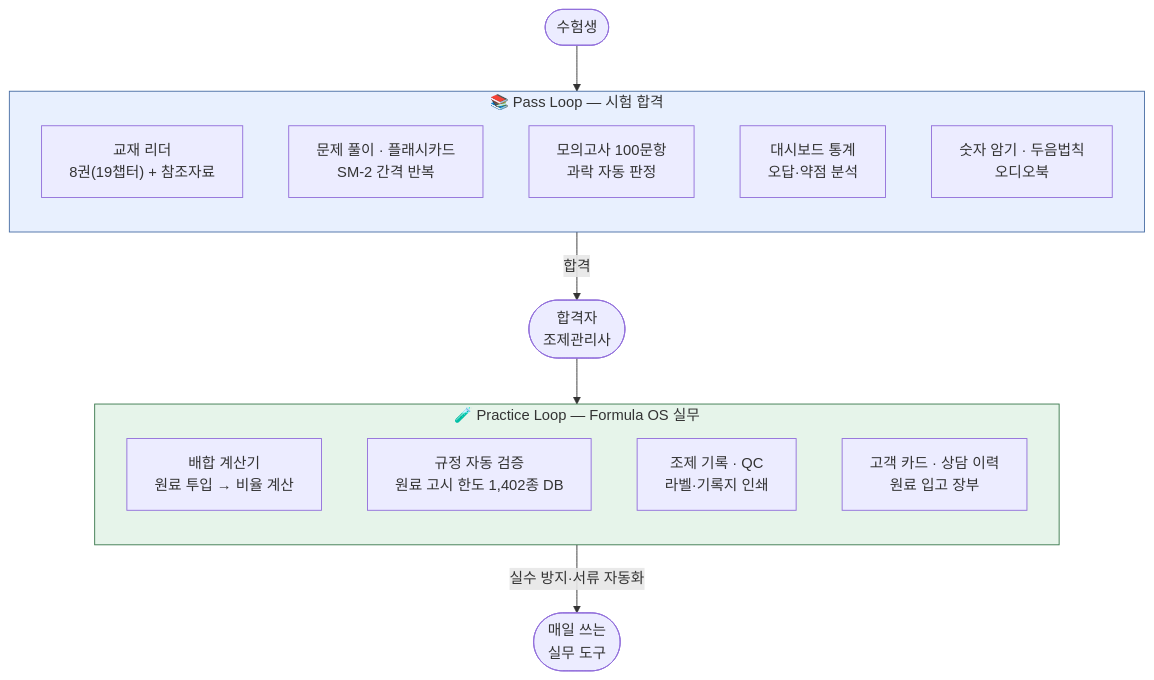
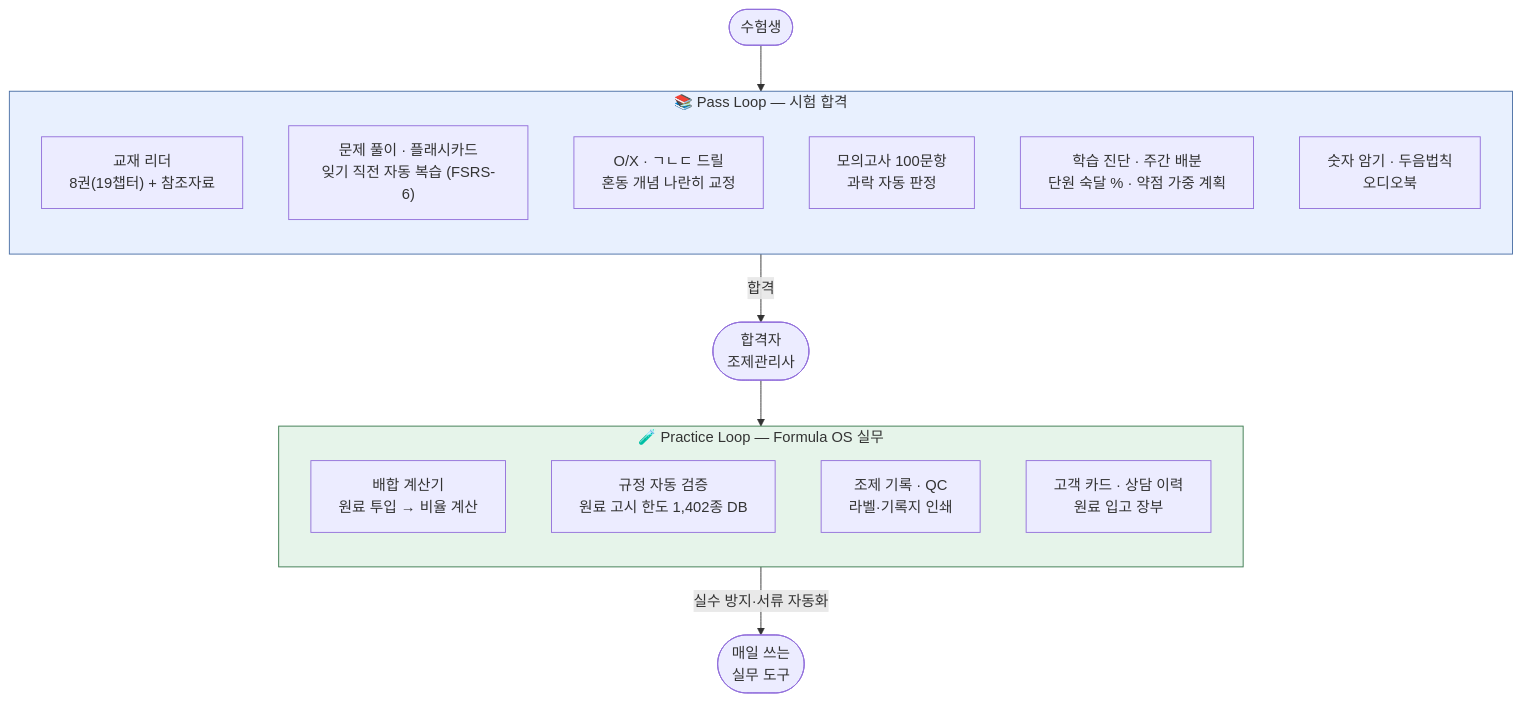
Before and after one commit to skygoldlee-cyber/passok: the first of 4 diagrams in docs/exams/cosmetic/business/유튜브_홍보동영상_제작의뢰서.md, drawn with Mermaid. The commit also changed other lines of this file, not shown here.

````diff
--- a/docs/exams/cosmetic/business/유튜브_홍보동영상_제작의뢰서.md
+++ b/docs/exams/cosmetic/business/유튜브_홍보동영상_제작의뢰서.md
@@ -45,28 +45,29 @@
 ```mermaid
 flowchart TB
     subgraph PASS["📚 Pass Loop — 시험 합격"]
         direction TB
         P1["교재 리더<br/>8권(19챕터) + 참조자료"]
-        P2["문제 풀이 · 플래시카드<br/>SM-2 간격 반복"]
+        P2["문제 풀이 · 플래시카드<br/>잊기 직전 자동 복습 (FSRS-6)"]
+        P6["O/X · ㄱㄴㄷ 드릴<br/>혼동 개념 나란히 교정"]
         P3["모의고사 100문항<br/>과락 자동 판정"]
-        P4["대시보드 통계<br/>오답·약점 분석"]
+        P4["학습 진단 · 주간 배분<br/>단원 숙달 % · 약점 가중 계획"]
         P5["숫자 암기 · 두음법칙<br/>오디오북"]
     end
 
     USER(["수험생"]) --> PASS
     PASS -->|합격| PASSER(["합격자<br/>조제관리사"])
 
     subgraph PRACTICE["🧪 Practice Loop — Formula OS 실무"]
         direction TB
         F1["배합 계산기<br/>원료 투입 → 비율 계산"]
         F2["규정 자동 검증<br/>원료 고시 한도 1,402종 DB"]
         F3["조제 기록 · QC<br/>라벨·기록지 인쇄"]
         F4["고객 카드 · 상담 이력<br/>원료 입고 장부"]
     end
 
     PASSER --> PRACTICE
     PRACTICE -->|실수 방지·서류 자동화| WORK(["매일 쓰는<br/>실무 도구"])
 
     style PASS fill:#e8f0fe,stroke:#4a6fa5
     style PRACTICE fill:#e6f4ea,stroke:#3c7a4f
 ```
````
